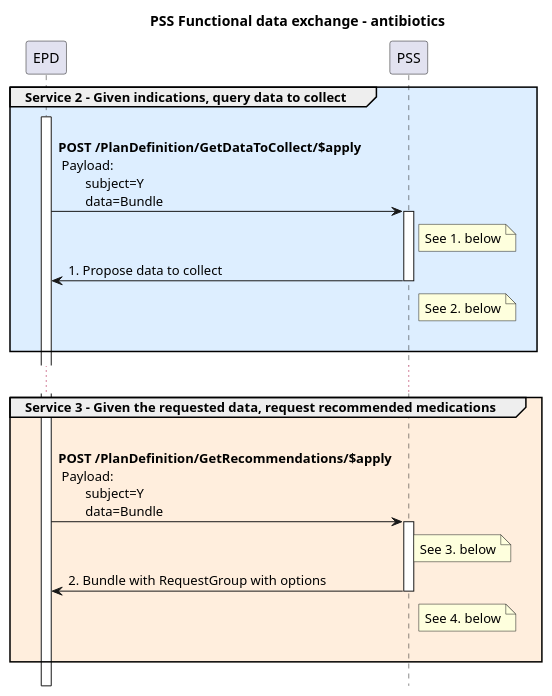
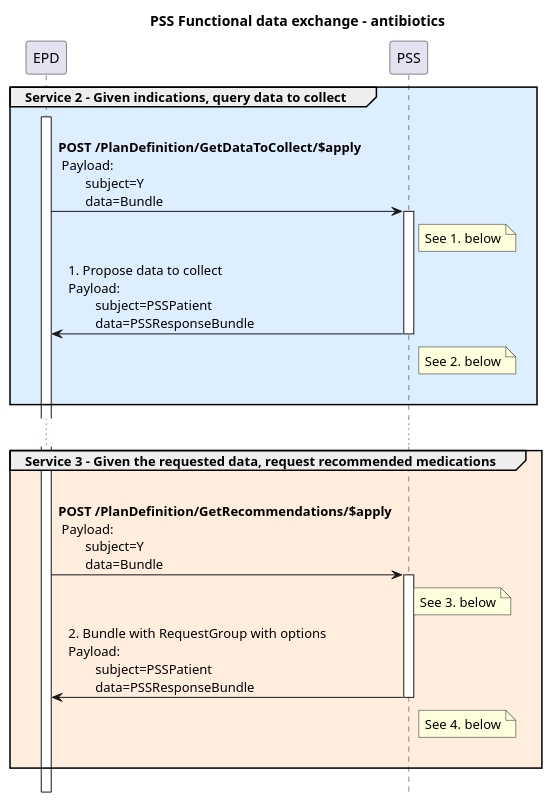
Before and after one commit to hl7-be/pss: the diagram in input/images-source/pss-flow-antimicrobiology.plantuml, drawn with PlantUML. The commit also changed 8 other files, not shown here.

```diff
--- a/input/images-source/pss-flow-antimicrobiology.plantuml
+++ b/input/images-source/pss-flow-antimicrobiology.plantuml
@@ -1,37 +1,37 @@
 @startuml
 !pragma teoz true
 Title PSS Functional data exchange - antibiotics
 hide footbox
 
 
 group #def Service 2 - Given indications, query data to collect
         Activate EPD
         EPD -> PSS : \n**POST /PlanDefinition/GetDataToCollect/$apply**\n Payload:\n        subject=Y\n        data=Bundle
         Activate PSS
         note right of PSS
 See 1. below
         end note
 
-        PSS -> EPD: 1. Propose data to collect
+        PSS -> EPD: 1. Propose data to collect\nPayload:\n        subject=PSSPatient\n        data=PSSResponseBundle
         note right of PSS
 See 2. below
         end note
         deactivate PSS
         |||
 end
 ...
 group #fed Service 3 - Given the requested data, request recommended medications
         EPD -> PSS : \n**POST /PlanDefinition/GetRecommendations/$apply**\n Payload:\n        subject=Y\n        data=Bundle
         note right of PSS
 See 3. below
         end note
         activate PSS
-        PSS -> EPD: 2. Bundle with RequestGroup with options
+        PSS -> EPD: 2. Bundle with RequestGroup with options\nPayload:\n        subject=PSSPatient\n        data=PSSResponseBundle
         note right of PSS
 See 4. below
         end note
         deactivate PSS
         |||
 
 end
 @enduml
```
